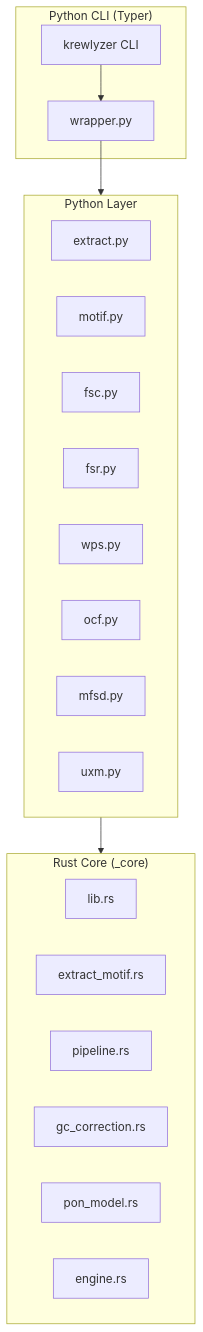
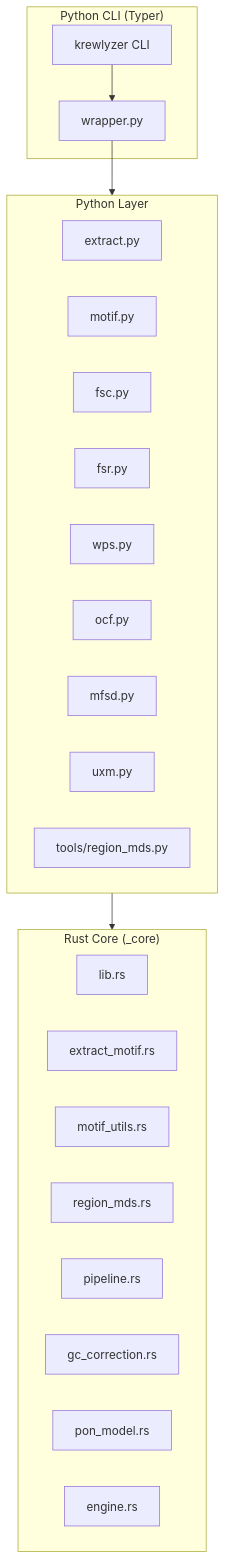
One commit to msk-access/krewlyzer changed the first of 2 diagrams in docs/advanced/architecture.md. Above: the diagram before and after it, drawn with Mermaid. The commit also changed other lines of this file and 2 other files, not shown here.

First line of the commit message:
Document new Rust modules and motif_utils utilities

````diff
--- a/docs/advanced/architecture.md
+++ b/docs/advanced/architecture.md
@@ -7,31 +7,34 @@
 ```mermaid
 flowchart TB
     subgraph CLI["Python CLI (Typer)"]
         cli[krewlyzer CLI]
         wrapper[wrapper.py]
     end
     
     subgraph Python["Python Layer"]
         extract[extract.py]
         motif[motif.py]
         fsc[fsc.py]
         fsr[fsr.py]
         wps[wps.py]
         ocf[ocf.py]
         mfsd[mfsd.py]
         uxm[uxm.py]
+        region_mds[tools/region_mds.py]
     end
     
     subgraph Rust["Rust Core (_core)"]
         lib[lib.rs]
         extract_motif[extract_motif.rs]
+        motif_utils[motif_utils.rs]
+        region_mds_rs[region_mds.rs]
         pipeline[pipeline.rs]
         gc[gc_correction.rs]
         pon[pon_model.rs]
         engine[engine.rs]
     end
     
     cli --> wrapper
     wrapper --> Python
     Python --> Rust
 ```
````
